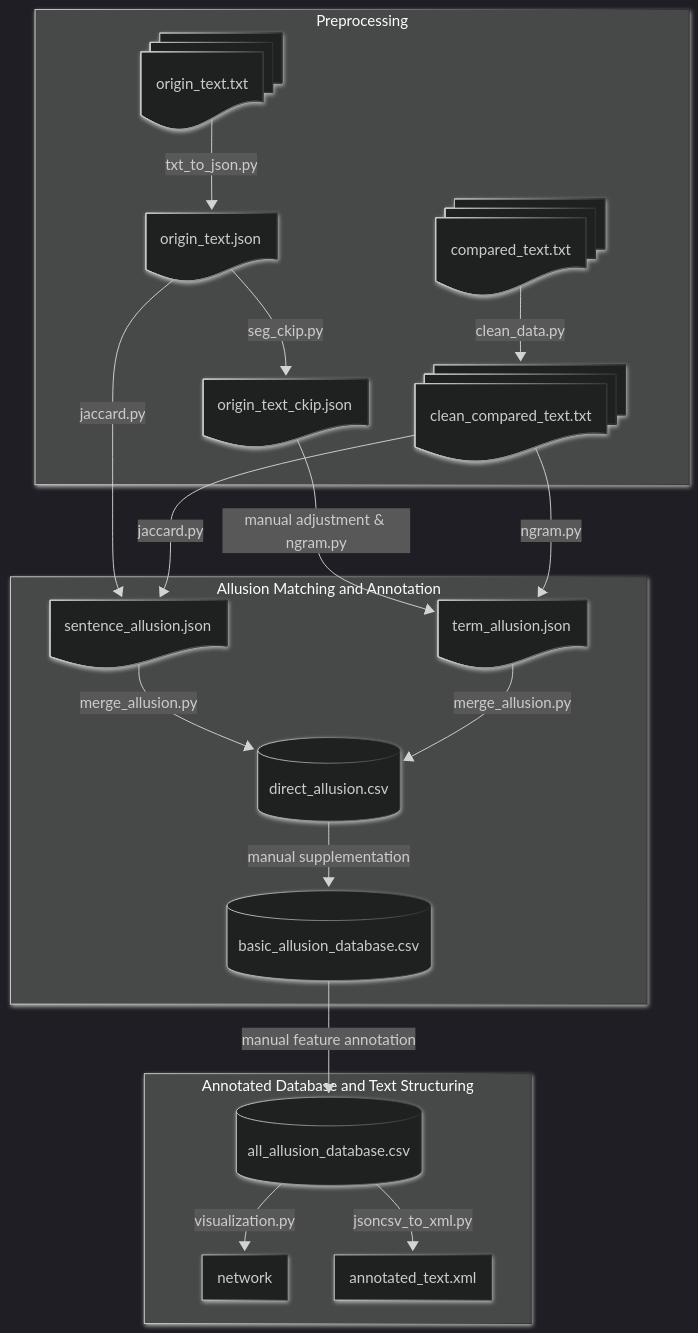
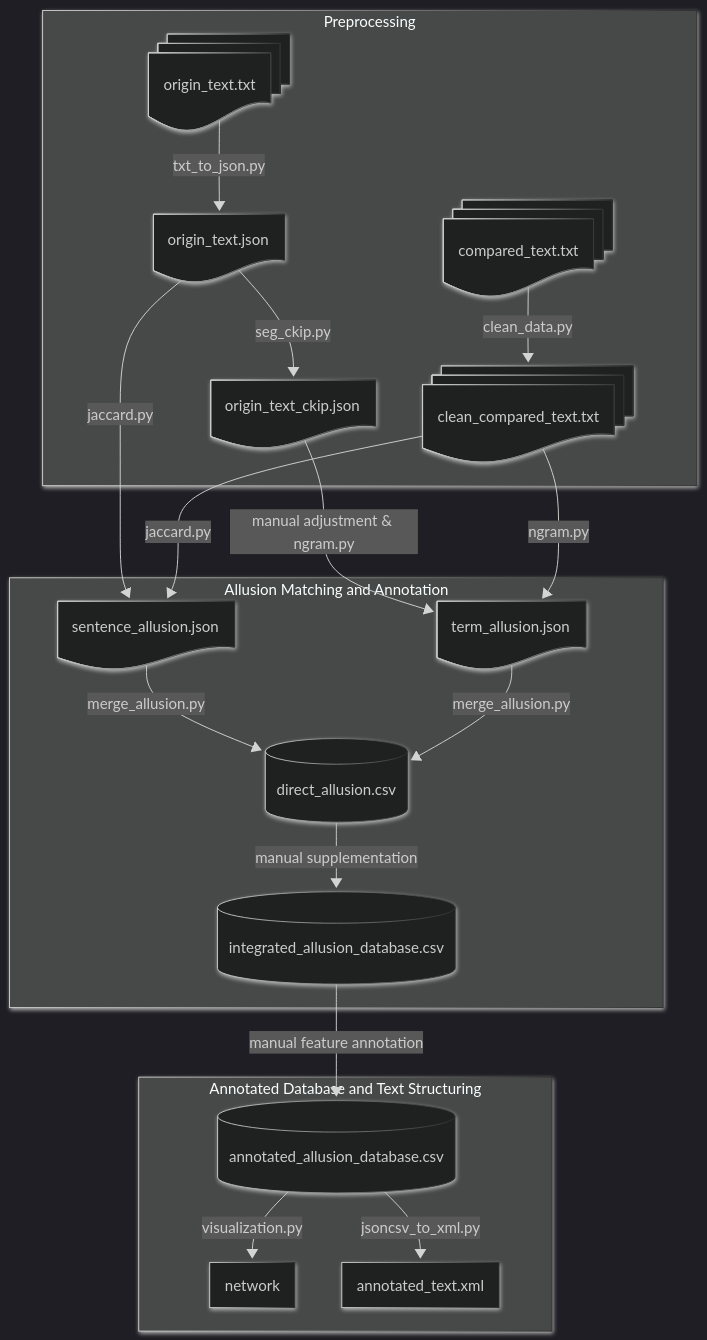
One commit to Taoyi-Chiang/lufu_allusion changed the diagram in README.md. Above: the diagram before and after it, drawn with Mermaid.

````diff
--- a/README.md
+++ b/README.md
@@ -2,46 +2,46 @@
 ```mermaid
 ---
 config:
   theme: dark
   look: neo
 ---
 flowchart TD
  subgraph Preprocessing["Preprocessing"]
         B1["origin_text.json"]
         A1["origin_text.txt"]
         B2["origin_text_ckip.json"]
         A3["clean_compared_text.txt"]
         A2["compared_text.txt"]
   end
  subgraph subGraph1["Allusion Matching and Annotation"]
         C2["term_allusion.json"]
         C1["sentence_allusion.json"]
         D1[("direct_allusion.csv")]
-        E1[("basic_allusion_database.csv")]
+        E1[("integrated_allusion_database.csv")]
   end
  subgraph subGraph2["Annotated Database and Text Structuring"]
-        E2[("all_allusion_database.csv")]
+        E2[("annotated_allusion_database.csv")]
         F1["network"]
         F2["annotated_text.xml"]
   end
     A1 -- "txt_to_json.py" --> B1
     B1 -- "seg_ckip.py" --> B2
     A2 -- "clean_data.py" --> A3
     B2 -- "manual adjustment & ngram.py"--> C2
     B1 -- "jaccard.py" --> C1
     A3 -- "jaccard.py" --> C1
     A3 -- "ngram.py" --> C2
     C1 -- "merge_allusion.py" --> D1
     C2 -- "merge_allusion.py" --> D1
     D1 -- manual supplementation --> E1
     E1 -- manual feature annotation --> E2
     E2 -- "visualization.py" --> F1
     E2 -- "jsoncsv_to_xml.py" --> F2
     B1@{ shape: doc}
     A1@{ shape: docs}
     B2@{ shape: doc}
     A3@{ shape: docs}
     A2@{ shape: docs}
     C2@{ shape: doc}
     C1@{ shape: doc}
 ```
````
